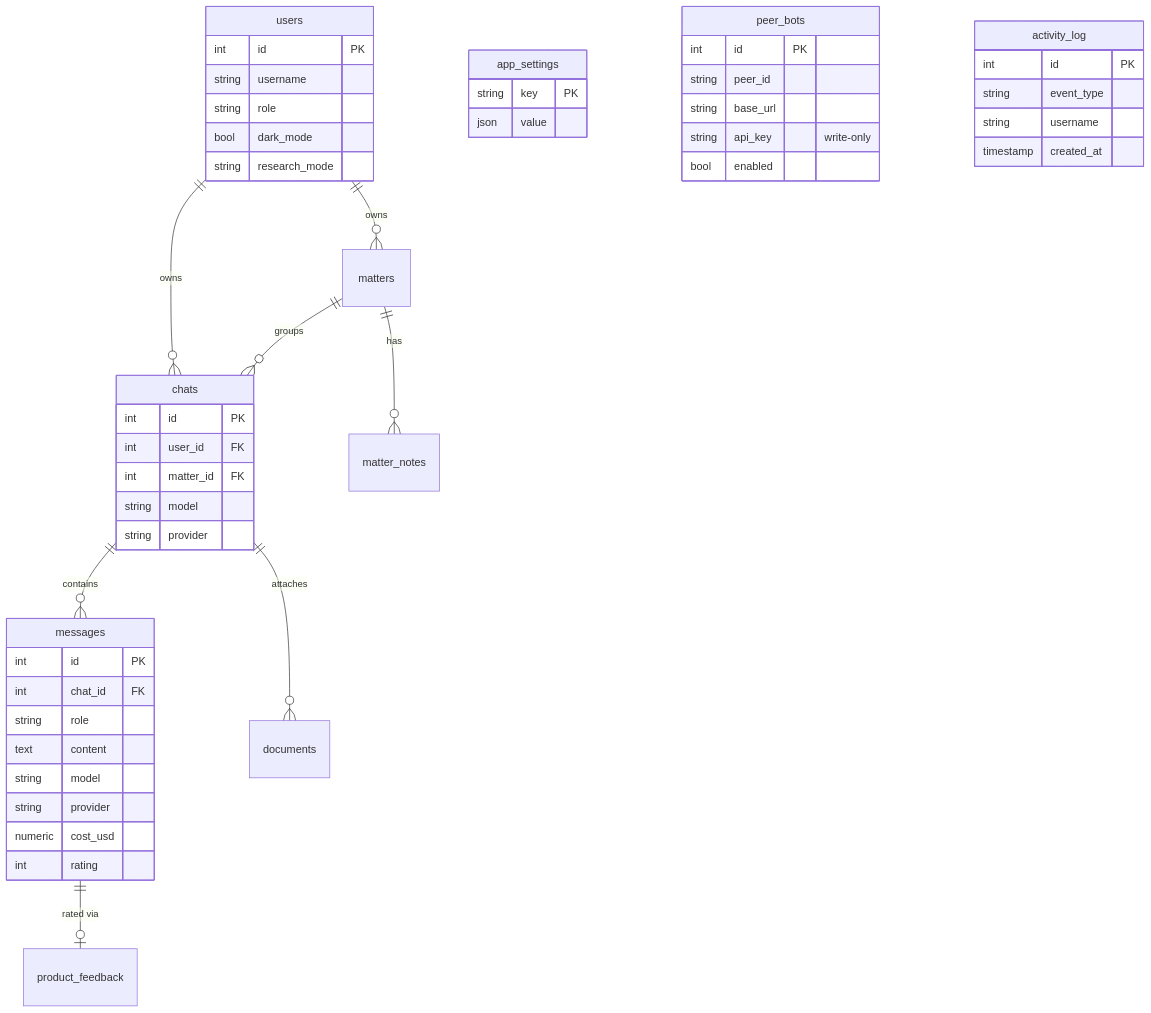
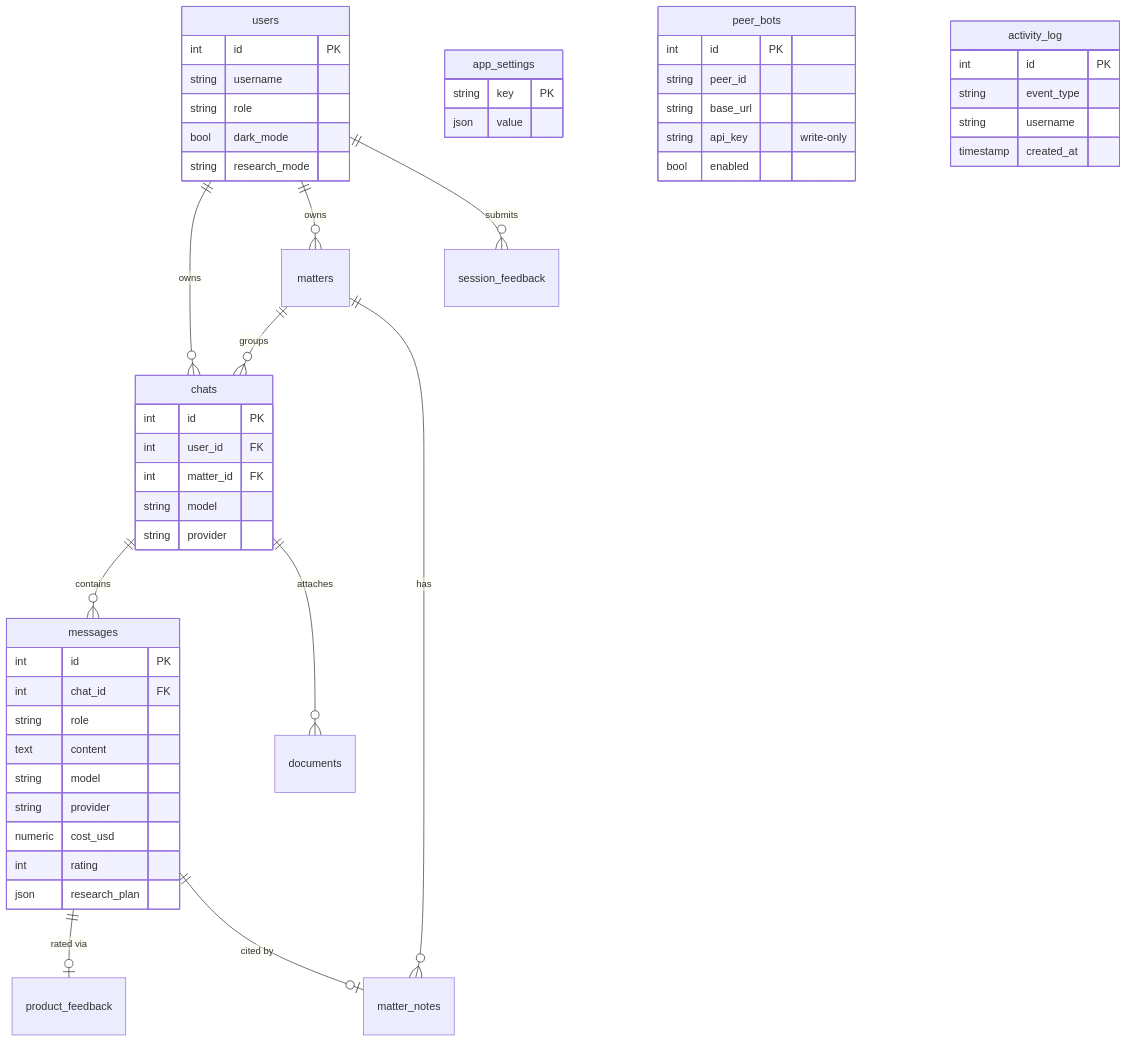
One commit to delphium226/LexChat changed diagram 11 of 14 in docs/ARCHITECTURE.md. Above: the diagram before and after it, drawn with Mermaid. The commit also changed other lines of this file and 2 other files, not shown here.

First line of the commit message:
@ docs: refresh README/ARCHITECTURE for the multi-bot fleet, add plain-English overview

````diff
--- a/docs/ARCHITECTURE.md
+++ b/docs/ARCHITECTURE.md
@@ -367,52 +602,55 @@
 ```mermaid
 erDiagram
     users ||--o{ chats : owns
     users ||--o{ matters : owns
+    users ||--o{ session_feedback : submits
     matters ||--o{ chats : groups
     matters ||--o{ matter_notes : has
     chats ||--o{ messages : contains
     chats ||--o{ documents : attaches
     messages ||--o| product_feedback : "rated via"
+    messages ||--o| matter_notes : "cited by"
 
     users {
         int id PK
         string username
         string role
         bool dark_mode
         string research_mode
     }
     chats {
         int id PK
         int user_id FK
         int matter_id FK
         string model
         string provider
     }
     messages {
         int id PK
         int chat_id FK
         string role
         text content
         string model
         string provider
         numeric cost_usd
         int rating
+        json research_plan
     }
     app_settings {
         string key PK
         json value
     }
     peer_bots {
         int id PK
         string peer_id
         string base_url
         string api_key "write-only"
         bool enabled
     }
     activity_log {
         int id PK
         string event_type
         string username
         timestamp created_at
     }
 ```
````
